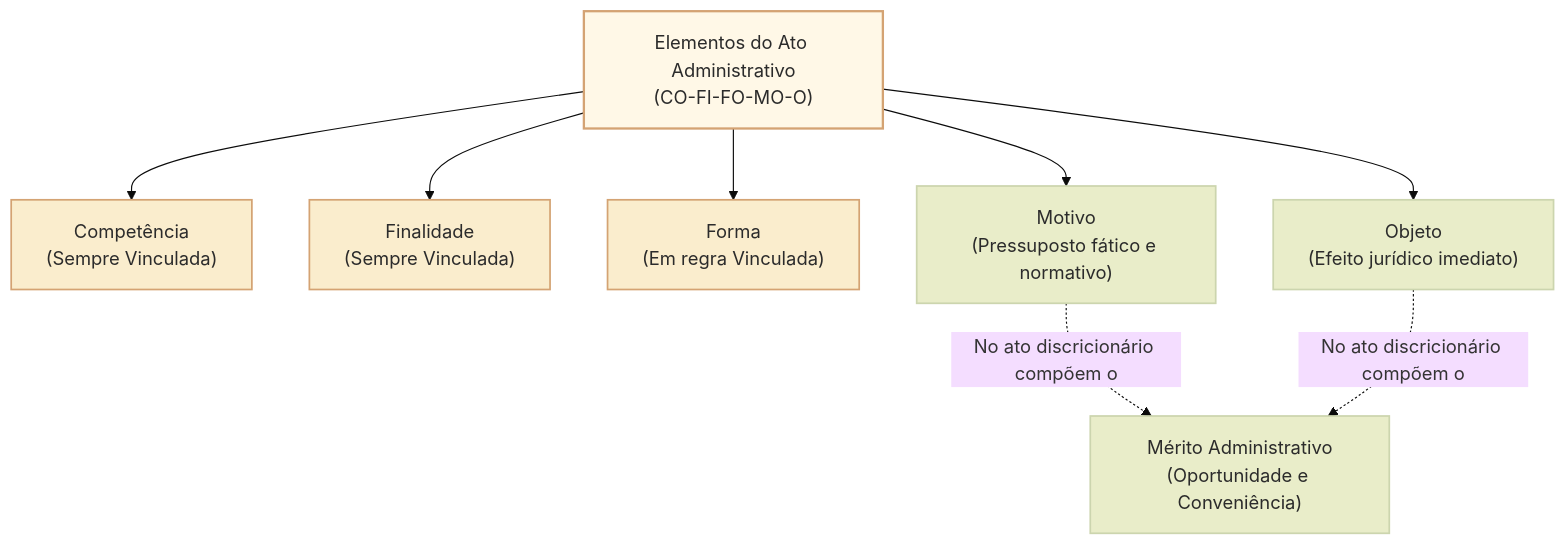
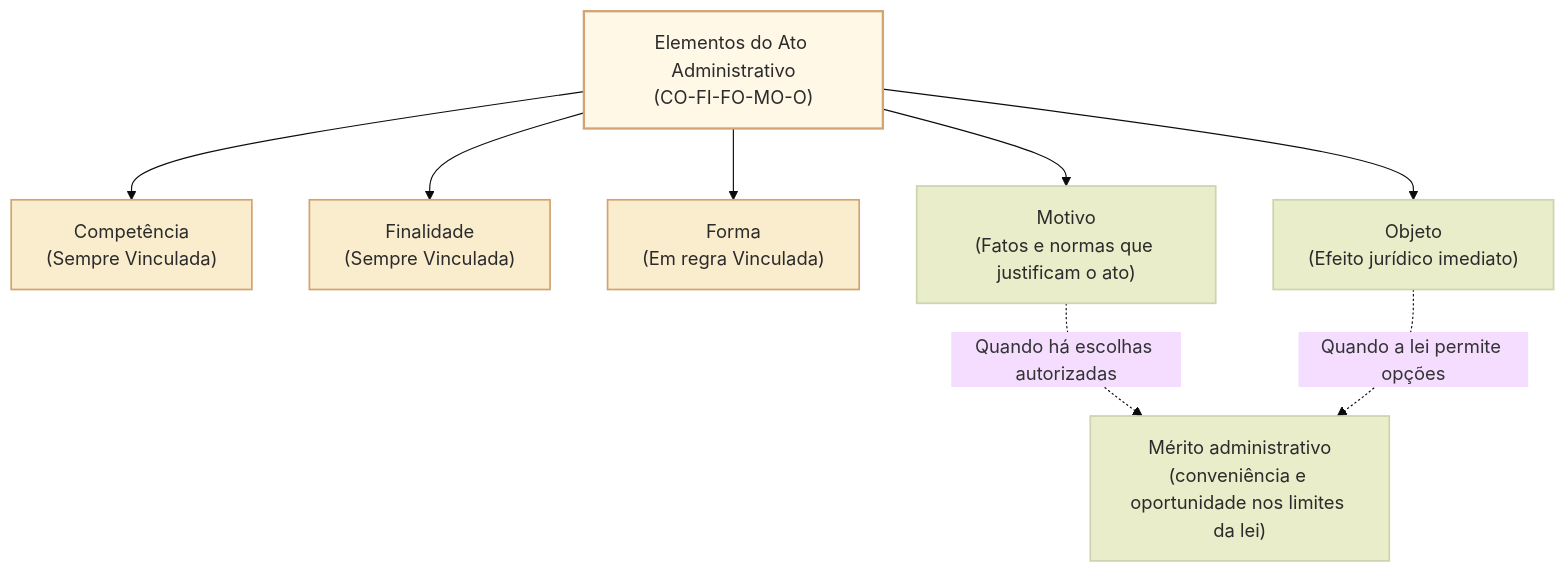
The first of 2 diagrams in 3 - Materias/Direito Administrativo/03 - atos administrativos.md (leorruas/concursos), drawn with Mermaid (base theme) before and after one commit. The commit also changed other lines of this file and 2 other files, not shown here.

Commit message:
docs(administrativo A): corrigir validade, vícios e questões do DAD03

````diff
--- a/3 - Materias/Direito Administrativo/03 - atos administrativos.md
+++ b/3 - Materias/Direito Administrativo/03 - atos administrativos.md
@@ -22,17 +22,17 @@
 ```mermaid
 flowchart TD
     classDef raiz fill:#fff8e7,stroke:#d4a373,stroke-width:2px,color:#2b2b2b;
     classDef vinculo fill:#faedcd,stroke:#d4a373,stroke-width:1.5px,color:#2b2b2b;
     classDef merito fill:#e9edc9,stroke:#ccd5ae,stroke-width:1.5px,color:#2b2b2b;
 
     A["Elementos do Ato Administrativo<br/>(CO-FI-FO-MO-O)"]:::raiz
     
     A --> B["Competência<br/>(Sempre Vinculada)"]:::vinculo
     A --> C["Finalidade<br/>(Sempre Vinculada)"]:::vinculo
     A --> D["Forma<br/>(Em regra Vinculada)"]:::vinculo
-    A --> E["Motivo<br/>(Pressuposto fático e normativo)"]:::merito
+    A --> E["Motivo<br/>(Fatos e normas que justificam o ato)"]:::merito
     A --> F["Objeto<br/>(Efeito jurídico imediato)"]:::merito
 
-    E -.->|"No ato discricionário compõem o"| M["Mérito Administrativo<br/>(Oportunidade e Conveniência)"]:::merito
-    F -.->|"No ato discricionário compõem o"| M
+    E -.->|"Quando há escolhas autorizadas"| M["Mérito administrativo<br/>(conveniência e oportunidade nos limites da lei)"]:::merito
+    F -.->|"Quando a lei permite opções"| M
 ```
````
